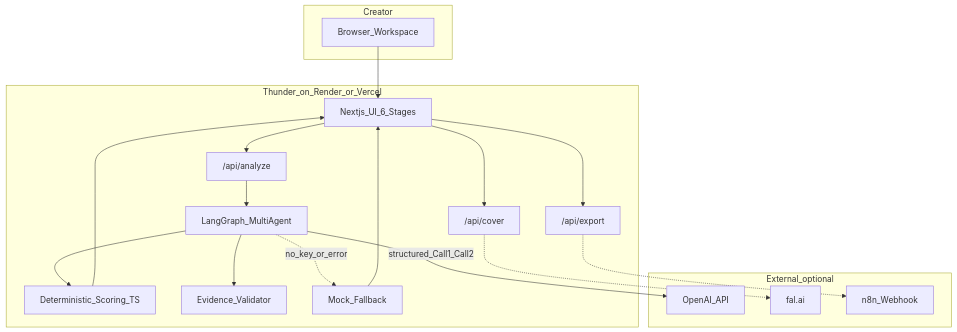
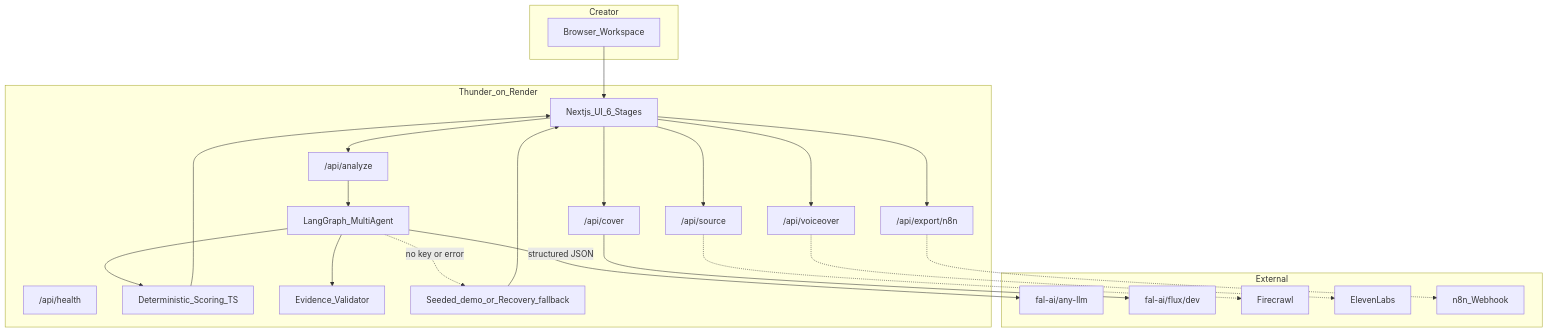
One commit to harshjoshi23/Thunder changed the first of 4 diagrams in docs/architecture.md. Above: the diagram before and after it, drawn with Mermaid. The commit also changed other lines of this file and 47 other files, not shown here.

First line of the commit message:
Switch Thunder to fal-first multi-agent scenario pipeline.

````diff
--- a/docs/architecture.md
+++ b/docs/architecture.md
@@ -7,37 +7,46 @@
 ```mermaid
 flowchart TB
   subgraph creator [Creator]
     Browser[Browser_Workspace]
   end
 
-  subgraph thunderApp [Thunder_on_Render_or_Vercel]
+  subgraph thunderApp [Thunder_on_Render]
     UI[Nextjs_UI_6_Stages]
+    API_H["/api/health"]
+    API_S["/api/source"]
     API_A["/api/analyze"]
     API_C["/api/cover"]
-    API_E["/api/export"]
+    API_V["/api/voiceover"]
+    API_E["/api/export/n8n"]
     Graph[LangGraph_MultiAgent]
     Score[Deterministic_Scoring_TS]
     Evidence[Evidence_Validator]
-    Mock[Mock_Fallback]
+    Fallback[Seeded_demo_or_Recovery_fallback]
   end
 
-  subgraph external [External_optional]
-    OpenAI[OpenAI_API]
-    Fal[fal.ai]
+  subgraph external [External]
+    FalLM["fal-ai/any-llm"]
+    FalImg["fal-ai/flux/dev"]
+    Firecrawl[Firecrawl]
+    Eleven[ElevenLabs]
     N8N[n8n_Webhook]
   end
 
   Browser --> UI
   UI --> API_A
+  UI --> API_S
   UI --> API_C
+  UI --> API_V
   UI --> API_E
   API_A --> Graph
-  Graph -->|structured_Call1_Call2| OpenAI
+  Graph -->|structured JSON| FalLM
   Graph --> Evidence
   Graph --> Score
-  Graph -.->|no_key_or_error| Mock
-  API_C -.-> Fal
+  Graph -.->|no key or error| Fallback
+  API_C --> FalImg
+  API_S -.-> Firecrawl
+  API_V -.-> Eleven
   API_E -.-> N8N
-  Mock --> UI
+  Fallback --> UI
   Score --> UI
 ```
````
